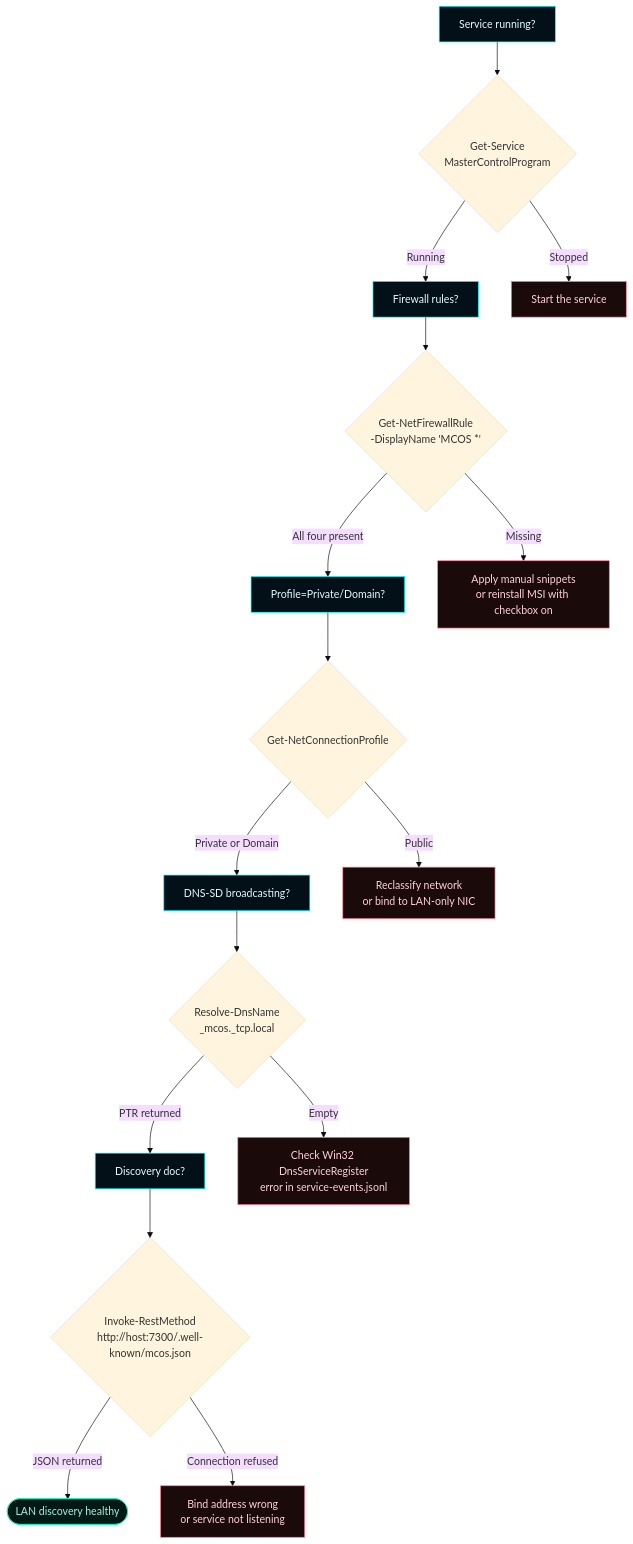
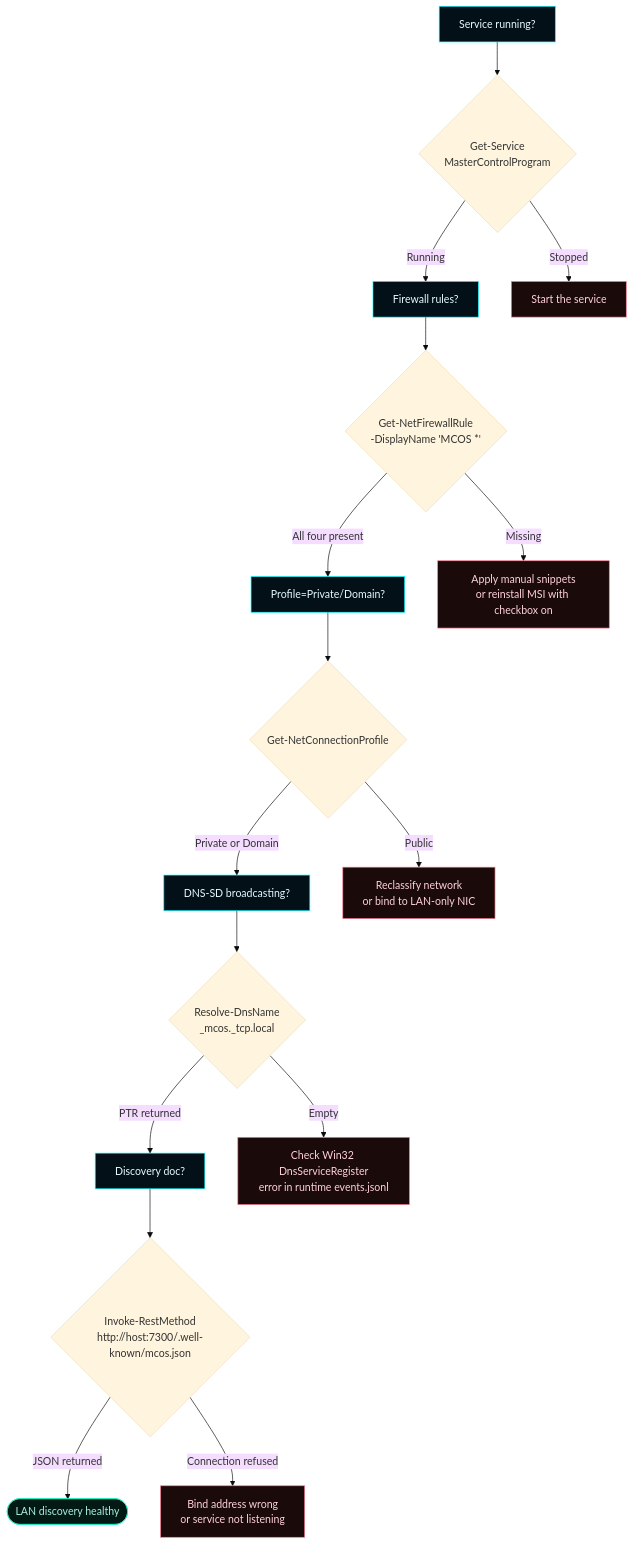
The fourth of 4 diagrams in docs/wiki/LAN-Discovery.md (flynn33/Master-Control-Orchestration-Server), drawn with Mermaid (base theme) before and after one commit. The commit also changed other lines of this file and 55 other files, not shown here.

````diff
--- a/docs/wiki/LAN-Discovery.md
+++ b/docs/wiki/LAN-Discovery.md
@@ -291,26 +291,26 @@
 ```mermaid
 flowchart TB
     classDef step fill:#031018,stroke:#00F6FF,color:#E6FCFF;
     classDef good fill:#031a14,stroke:#1cf2c1,color:#a8efe0;
     classDef bad fill:#1a0a0a,stroke:#ff7a90,color:#ffd2d8;
 
     A[Service running?]:::step --> A1{Get-Service<br/>MasterControlProgram}
     A1 -->|Running| B[Firewall rules?]:::step
     A1 -->|Stopped| Aerr[Start the service]:::bad
 
     B --> B1{Get-NetFirewallRule<br/>-DisplayName 'MCOS *'}
     B1 -->|All four present| C[Profile=Private/Domain?]:::step
     B1 -->|Missing| Berr[Apply manual snippets<br/>or reinstall MSI with checkbox on]:::bad
 
     C --> C1{Get-NetConnectionProfile}
     C1 -->|Private or Domain| D[DNS-SD broadcasting?]:::step
     C1 -->|Public| Cerr[Reclassify network<br/>or bind to LAN-only NIC]:::bad
 
     D --> D1{Resolve-DnsName<br/>_mcos._tcp.local}
     D1 -->|PTR returned| E[Discovery doc?]:::step
-    D1 -->|Empty| Derr[Check Win32 DnsServiceRegister<br/>error in service-events.jsonl]:::bad
+    D1 -->|Empty| Derr[Check Win32 DnsServiceRegister<br/>error in runtime events.jsonl]:::bad
 
     E --> E1{Invoke-RestMethod<br/>http://host:7300/.well-known/mcos.json}
     E1 -->|JSON returned| Done([LAN discovery healthy]):::good
     E1 -->|Connection refused| Eerr[Bind address wrong<br/>or service not listening]:::bad
 ```
````
